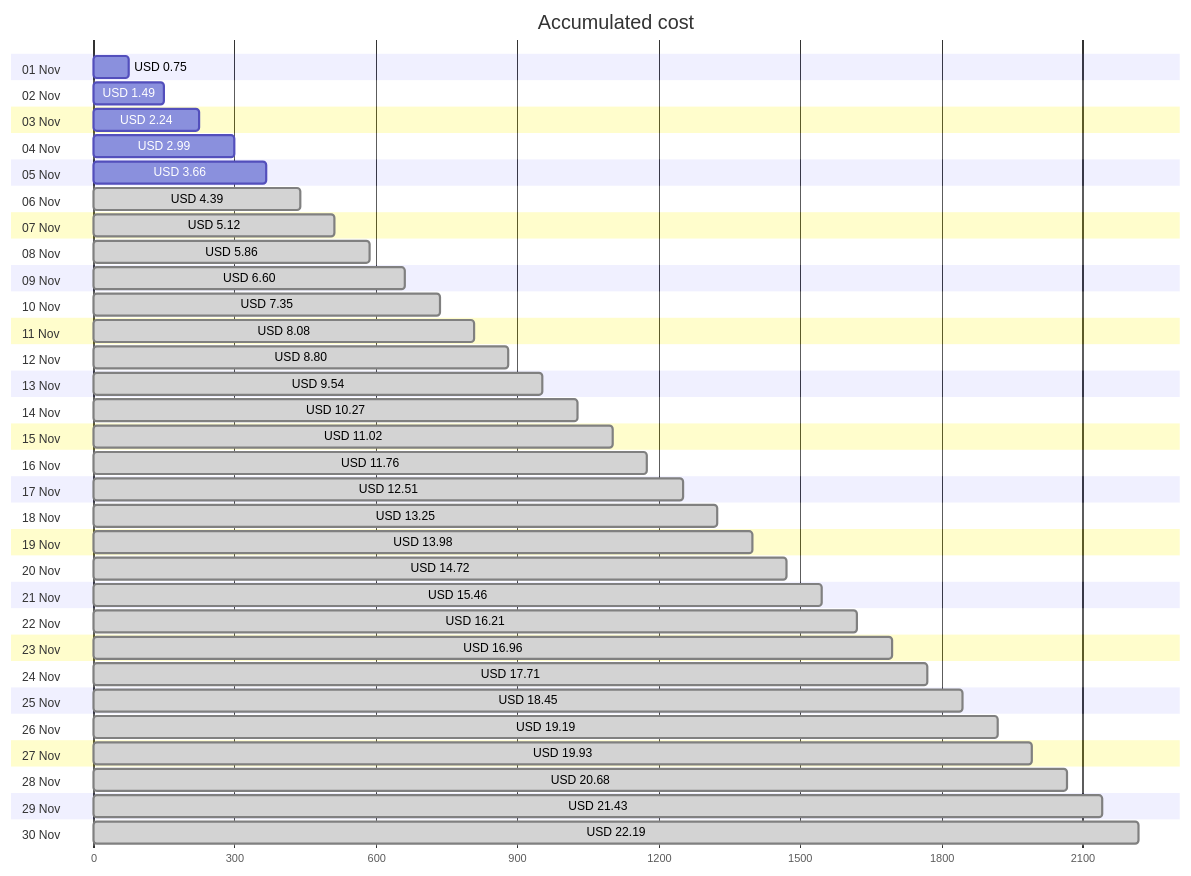
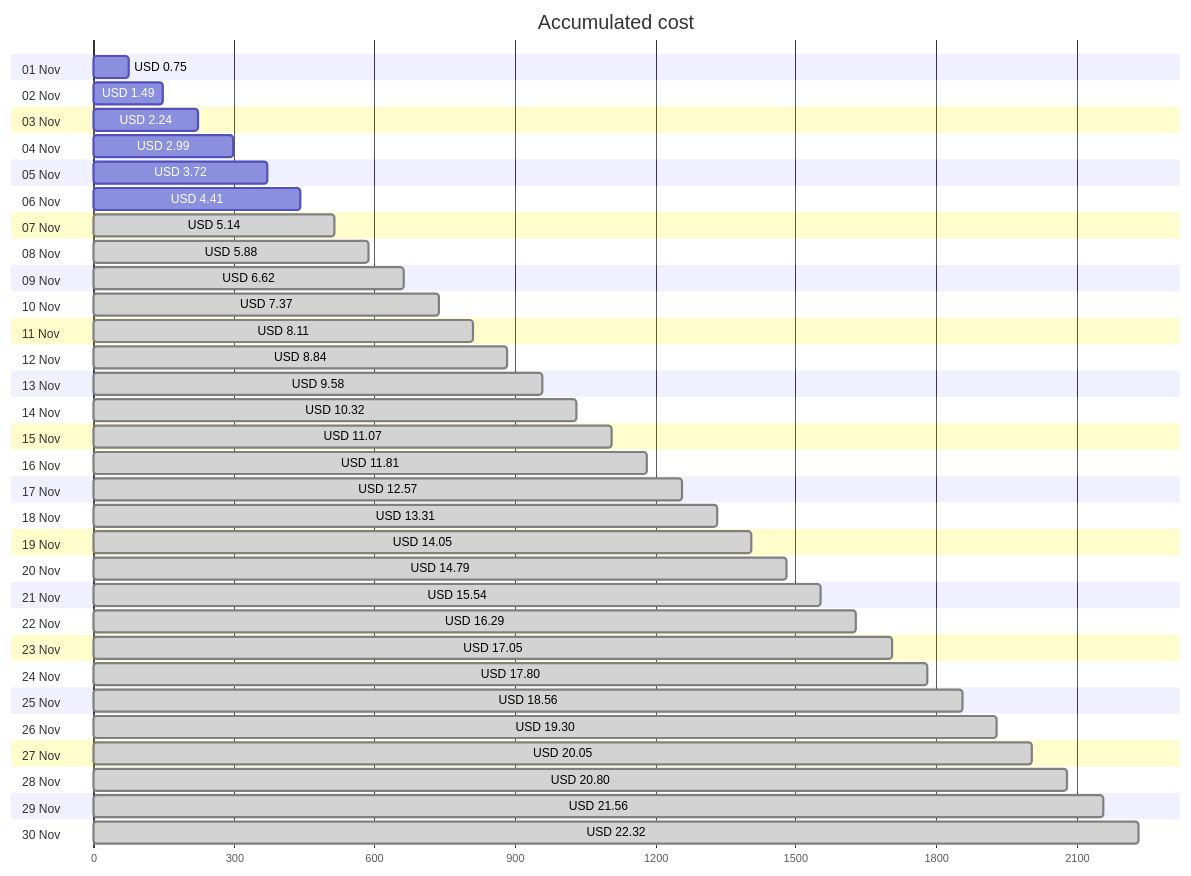
One commit to jpfulton/azure-personal-reports changed the first of 4 diagrams in cost-reports/personal-network/backup-server-data-disk.md. Above: the diagram before and after it, drawn with Mermaid. The commit also changed other lines of this file and 8 other files, not shown here.

````diff
--- a/cost-reports/personal-network/backup-server-data-disk.md
+++ b/cost-reports/personal-network/backup-server-data-disk.md
@@ -20,66 +20,66 @@
 ```mermaid
 gantt
    title Accumulated cost
    dateFormat  X
    axisFormat %s
    section 01 Nov
    USD 0.75 :0, 75
    section 02 Nov
    USD 1.49 :0, 149
    section 03 Nov
    USD 2.24 :0, 224
    section 04 Nov
    USD 2.99 :0, 299
    section 05 Nov
-   USD 3.66 :0, 366
+   USD 3.72 :0, 372
    section 06 Nov
-   USD 4.39 : done, 0, 439
+   USD 4.41 :0, 441
    section 07 Nov
-   USD 5.12 : done, 0, 512
+   USD 5.14 : done, 0, 514
    section 08 Nov
-   USD 5.86 : done, 0, 586
+   USD 5.88 : done, 0, 588
    section 09 Nov
-   USD 6.60 : done, 0, 660
+   USD 6.62 : done, 0, 662
    section 10 Nov
-   USD 7.35 : done, 0, 735
+   USD 7.37 : done, 0, 737
    section 11 Nov
-   USD 8.08 : done, 0, 808
+   USD 8.11 : done, 0, 811
    section 12 Nov
-   USD 8.80 : done, 0, 880
+   USD 8.84 : done, 0, 884
    section 13 Nov
-   USD 9.54 : done, 0, 954
+   USD 9.58 : done, 0, 958
    section 14 Nov
-   USD 10.27 : done, 0, 1027
+   USD 10.32 : done, 0, 1032
    section 15 Nov
-   USD 11.02 : done, 0, 1102
+   USD 11.07 : done, 0, 1107
    section 16 Nov
-   USD 11.76 : done, 0, 1176
+   USD 11.81 : done, 0, 1181
    section 17 Nov
-   USD 12.51 : done, 0, 1251
+   USD 12.57 : done, 0, 1257
    section 18 Nov
-   USD 13.25 : done, 0, 1325
+   USD 13.31 : done, 0, 1331
    section 19 Nov
-   USD 13.98 : done, 0, 1398
+   USD 14.05 : done, 0, 1405
    section 20 Nov
-   USD 14.72 : done, 0, 1472
+   USD 14.79 : done, 0, 1479
    section 21 Nov
-   USD 15.46 : done, 0, 1546
+   USD 15.54 : done, 0, 1554
    section 22 Nov
-   USD 16.21 : done, 0, 1621
+   USD 16.29 : done, 0, 1629
    section 23 Nov
-   USD 16.96 : done, 0, 1696
+   USD 17.05 : done, 0, 1705
    section 24 Nov
-   USD 17.71 : done, 0, 1771
+   USD 17.80 : done, 0, 1780
    section 25 Nov
-   USD 18.45 : done, 0, 1845
+   USD 18.56 : done, 0, 1856
    section 26 Nov
-   USD 19.19 : done, 0, 1919
+   USD 19.30 : done, 0, 1930
    section 27 Nov
-   USD 19.93 : done, 0, 1993
+   USD 20.05 : done, 0, 2005
    section 28 Nov
-   USD 20.68 : done, 0, 2068
+   USD 20.80 : done, 0, 2080
    section 29 Nov
-   USD 21.43 : done, 0, 2143
+   USD 21.56 : done, 0, 2156
    section 30 Nov
-   USD 22.19 : done, 0, 2219
+   USD 22.32 : done, 0, 2232
 ```
````
